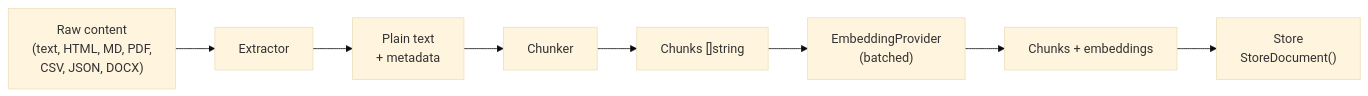
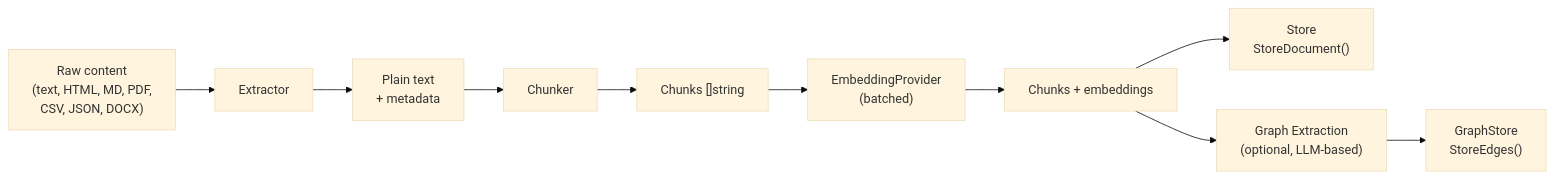
Before and after one commit to nevindra/oasis: the first of 2 diagrams in docs/concepts/ingest.md, drawn with Mermaid (base theme). The commit also changed other lines of this file and 25 other files, not shown here.

````diff
--- a/docs/concepts/ingest.md
+++ b/docs/concepts/ingest.md
@@ -7,10 +7,12 @@
 ```mermaid
 flowchart LR
     RAW["Raw content<br>(text, HTML, MD, PDF,<br>CSV, JSON, DOCX)"] --> EXTRACT[Extractor]
     EXTRACT --> PLAIN["Plain text<br>+ metadata"]
     PLAIN --> CHUNK[Chunker]
     CHUNK --> CHUNKS["Chunks []string"]
     CHUNKS --> EMBED["EmbeddingProvider<br>(batched)"]
     EMBED --> VECTORS["Chunks + embeddings"]
     VECTORS --> STORE["Store<br>StoreDocument()"]
+    VECTORS --> GRAPH["Graph Extraction<br>(optional, LLM-based)"]
+    GRAPH --> EDGES["GraphStore<br>StoreEdges()"]
 ```
````
